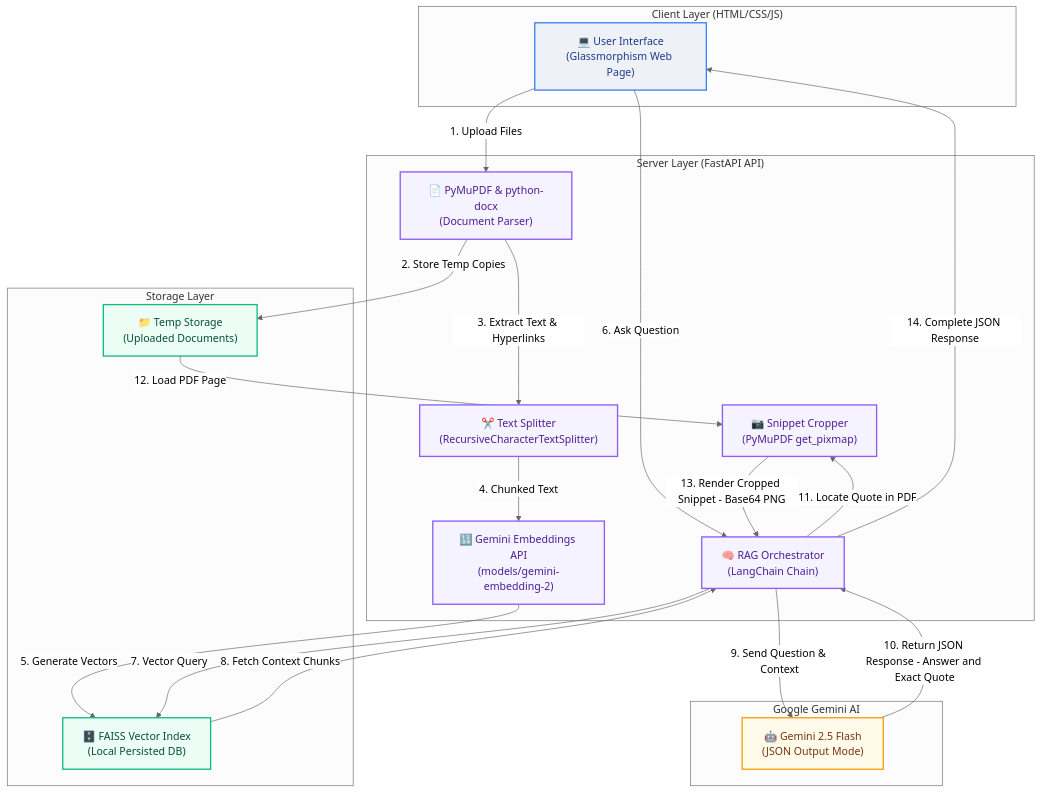
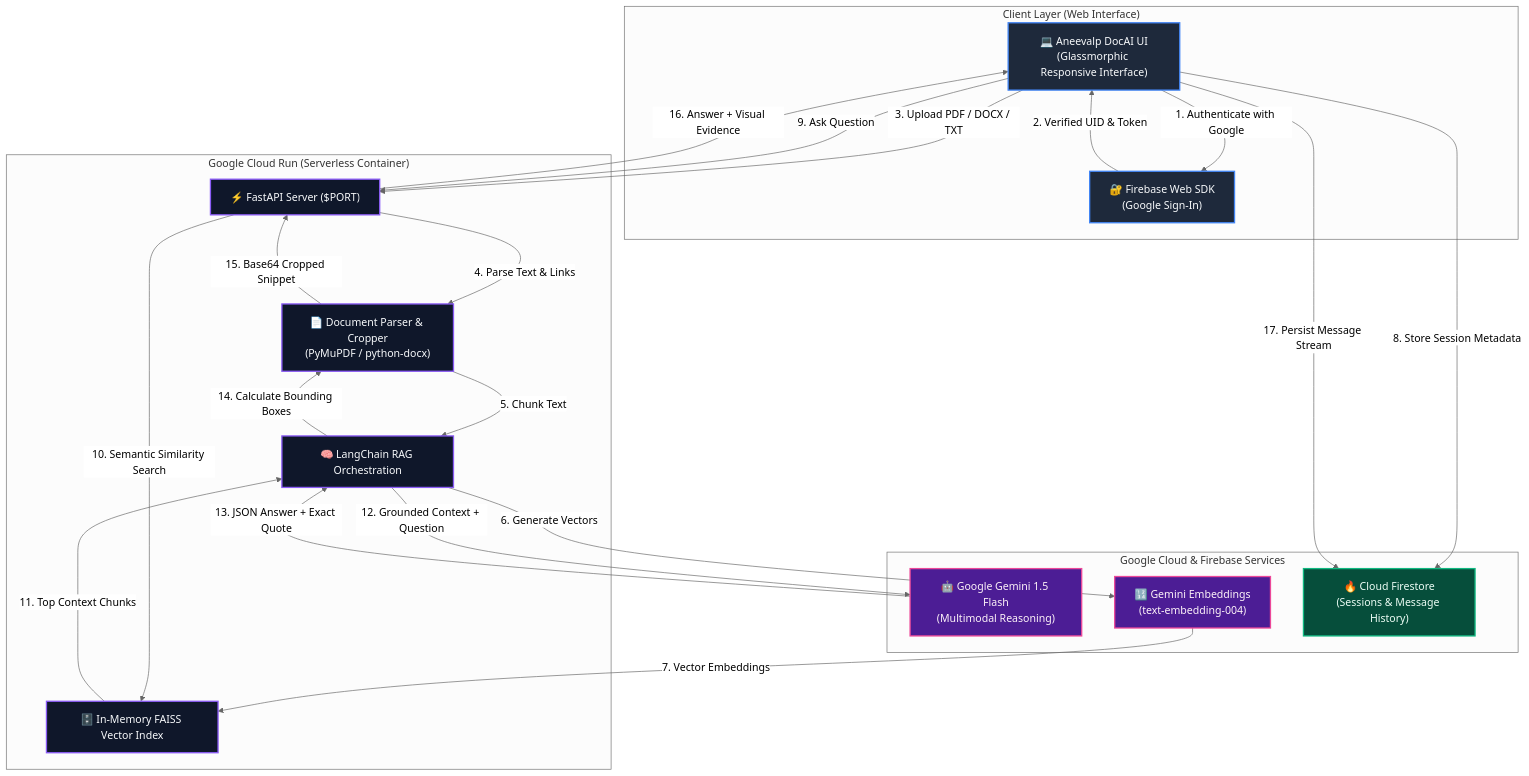
One commit to jagadeesvarrao-design/pdf-analizing-and-answering-bot- changed the diagram in README.md. Above: the diagram before and after it, drawn with Mermaid (neutral theme). The commit also changed other lines of this file and 9 other files, not shown here.

Commit message:
Upgrade Aneevalp DocAI for Google Cloud Gen AI Ideathon: Cloud Run Docker, Firebase Auth & Firestore, Gemini 1.5, Starter Prompts, and Documentation

````diff
--- a/README.md
+++ b/README.md
@@ -32,52 +40,54 @@
 ```mermaid
 graph TD
     %% Styling
-    classDef client fill:#eef2f7,stroke:#3b82f6,stroke-width:2px,color:#1e3a8a;
-    classDef server fill:#f5f3ff,stroke:#8b5cf6,stroke-width:2px,color:#4c1d95;
-    classDef storage fill:#ecfdf5,stroke:#10b981,stroke-width:2px,color:#064e3b;
-    classDef model fill:#fffbeb,stroke:#f59e0b,stroke-width:2px,color:#78350f;
+    classDef client fill:#1E293B,stroke:#4285F4,stroke-width:2px,color:#F8FAFC;
+    classDef gcp fill:#0F172A,stroke:#8B5CF6,stroke-width:2px,color:#F8FAFC;
+    classDef storage fill:#064E3B,stroke:#10B981,stroke-width:2px,color:#ECFDF5;
+    classDef gemini fill:#4C1D95,stroke:#EC4899,stroke-width:2px,color:#FDF2F8;
 
-    subgraph Client ["Client Layer (HTML/CSS/JS)"]
-        UI["💻 User Interface<br/>(Glassmorphism Web Page)"]
+    subgraph Client ["Client Layer (Web Interface)"]
+        UI["💻 Aneevalp DocAI UI<br/>(Glassmorphic Responsive Interface)"]
+        FirebaseAuth["🔐 Firebase Web SDK<br/>(Google Sign-In)"]
     end
 
-    subgraph Server ["Server Layer (FastAPI API)"]
-        Parser["📄 PyMuPDF & python-docx<br/>(Document Parser)"]
-        Splitter["✂️ Text Splitter<br/>(RecursiveCharacterTextSplitter)"]
-        Embedder["🔢 Gemini Embeddings API<br/>(models/gemini-embedding-2)"]
-        RAG["🧠 RAG Orchestrator<br/>(LangChain Chain)"]
-        Cropper["📷 Snippet Cropper<br/>(PyMuPDF get_pixmap)"]
+    subgraph CloudRun ["Google Cloud Run (Serverless Container)"]
+        FastAPI["⚡ FastAPI Server ($PORT)"]
+        PyMuPDF["📄 Document Parser & Cropper<br/>(PyMuPDF / python-docx)"]
+        FAISS["🗄️ In-Memory FAISS Vector Index"]
+        LangChain["🧠 LangChain RAG Orchestration"]
     end
 
-    subgraph Storage ["Storage Layer"]
-        Faiss["🗄️ FAISS Vector Index<br/>(Local Persisted DB)"]
-        TempPDF["📁 Temp Storage<br/>(Uploaded Documents)"]
+    subgraph GoogleCloud ["Google Cloud & Firebase Services"]
+        GeminiAPI["🤖 Google Gemini 1.5 Flash<br/>(Multimodal Reasoning)"]
+        EmbeddingsAPI["🔢 Gemini Embeddings<br/>(text-embedding-004)"]
+        FirestoreDB["🔥 Cloud Firestore<br/>(Sessions & Message History)"]
     end
 
-    subgraph Gemini ["Google Gemini AI"]
-        LLM["🤖 Gemini 2.5 Flash<br/>(JSON Output Mode)"]
-    end
+    %% Auth Flow
+    UI -->|1. Authenticate with Google| FirebaseAuth
+    FirebaseAuth -->|2. Verified UID & Token| UI
 
-    %% Document Upload Flow
-    UI -->|1. Upload Files| Parser
-    Parser -->|2. Store Temp Copies| TempPDF
-    Parser -->|3. Extract Text & Hyperlinks| Splitter
-    Splitter -->|4. Chunked Text| Embedder
-    Embedder -->|5. Generate Vectors| Faiss
+    %% Document Ingest Flow
+    UI -->|3. Upload PDF / DOCX / TXT| FastAPI
+    FastAPI -->|4. Parse Text & Links| PyMuPDF
+    PyMuPDF -->|5. Chunk Text| LangChain
+    LangChain -->|6. Generate Vectors| EmbeddingsAPI
+    EmbeddingsAPI -->|7. Vector Embeddings| FAISS
+    UI -->|8. Store Session Metadata| FirestoreDB
 
     %% Query Flow
-    UI -->|6. Ask Question| RAG
-    RAG -->|7. Vector Query| Faiss
-    Faiss -->|8. Fetch Context Chunks| RAG
-    RAG -->|9. Send Question & Context| LLM
-    LLM -->|10. Return JSON Response - Answer and Exact Quote| RAG
-    RAG -->|11. Locate Quote in PDF| Cropper
-    TempPDF -->|12. Load PDF Page| Cropper
-    Cropper -->|13. Render Cropped Snippet - Base64 PNG| RAG
-    RAG -->|14. Complete JSON Response| UI
+    UI -->|9. Ask Question| FastAPI
+    FastAPI -->|10. Semantic Similarity Search| FAISS
+    FAISS -->|11. Top Context Chunks| LangChain
+    LangChain -->|12. Grounded Context + Question| GeminiAPI
+    GeminiAPI -->|13. JSON Answer + Exact Quote| LangChain
+    LangChain -->|14. Calculate Bounding Boxes| PyMuPDF
+    PyMuPDF -->|15. Base64 Cropped Snippet| FastAPI
+    FastAPI -->|16. Answer + Visual Evidence| UI
+    UI -->|17. Persist Message Stream| FirestoreDB
 
-    class UI client;
-    class Parser,Splitter,Embedder,RAG,Cropper server;
-    class Faiss,TempPDF storage;
-    class LLM model;
+    class UI,FirebaseAuth client;
+    class FastAPI,PyMuPDF,FAISS,LangChain gcp;
+    class FirestoreDB storage;
+    class GeminiAPI,EmbeddingsAPI gemini;
 ```
````
